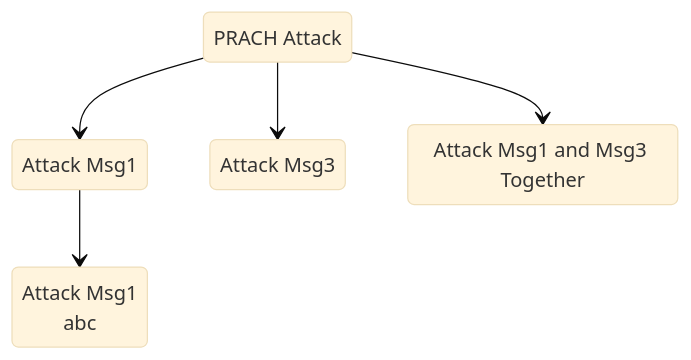
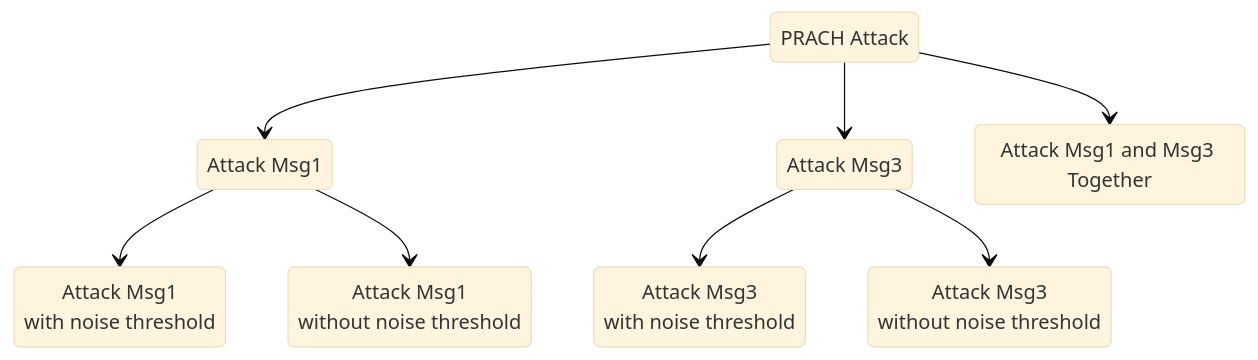
One commit to bmw-ece-ntust/wilfrid-prach-attack-analysis changed the diagram in docs/20250307 Thesis (PRACH Attack Problem Definition).md. Above: the diagram before and after it, drawn with Mermaid (base theme).

Commit message:
Update 20250307 Thesis (PRACH Attack Problem Definition).md

````diff
--- a/docs/20250307 Thesis (PRACH Attack Problem Definition).md
+++ b/docs/20250307 Thesis (PRACH Attack Problem Definition).md
@@ -21,12 +21,18 @@
 ```mermaid
 stateDiagram-v2
     s1: PRACH Attack
     s2: Attack Msg1
     s3: Attack Msg3
     s4: Attack Msg1 and Msg3 Together
     s1 --> s2
     s1 --> s3
     s1 --> s4
-    s5: Attack Msg1<br>abc
+    s5: Attack Msg1<br>with noise threshold
+    s6: Attack Msg1<br>without noise threshold
     s2 --> s5
+    s2 --> s6
+    s7: Attack Msg3<br>with noise threshold
+    s8: Attack Msg3<br>without noise threshold
+    s3 --> s7
+    s3 --> s8
 ```
````
